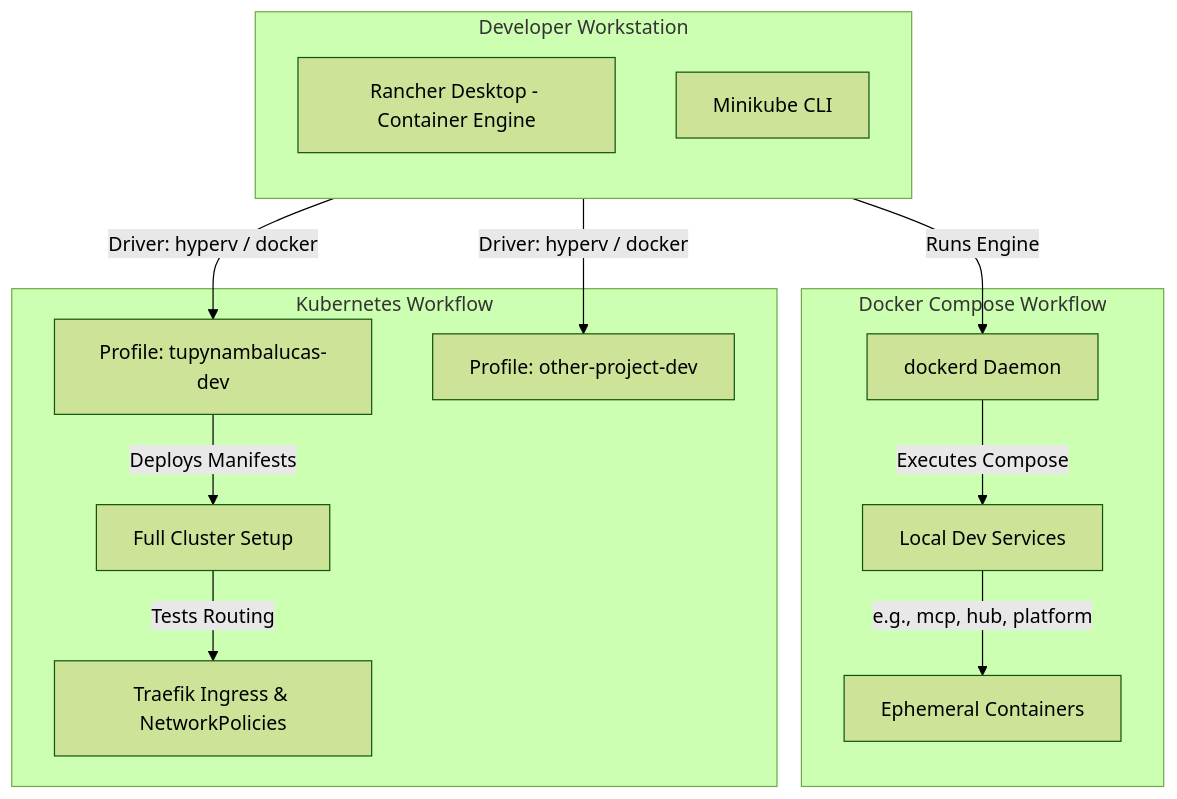
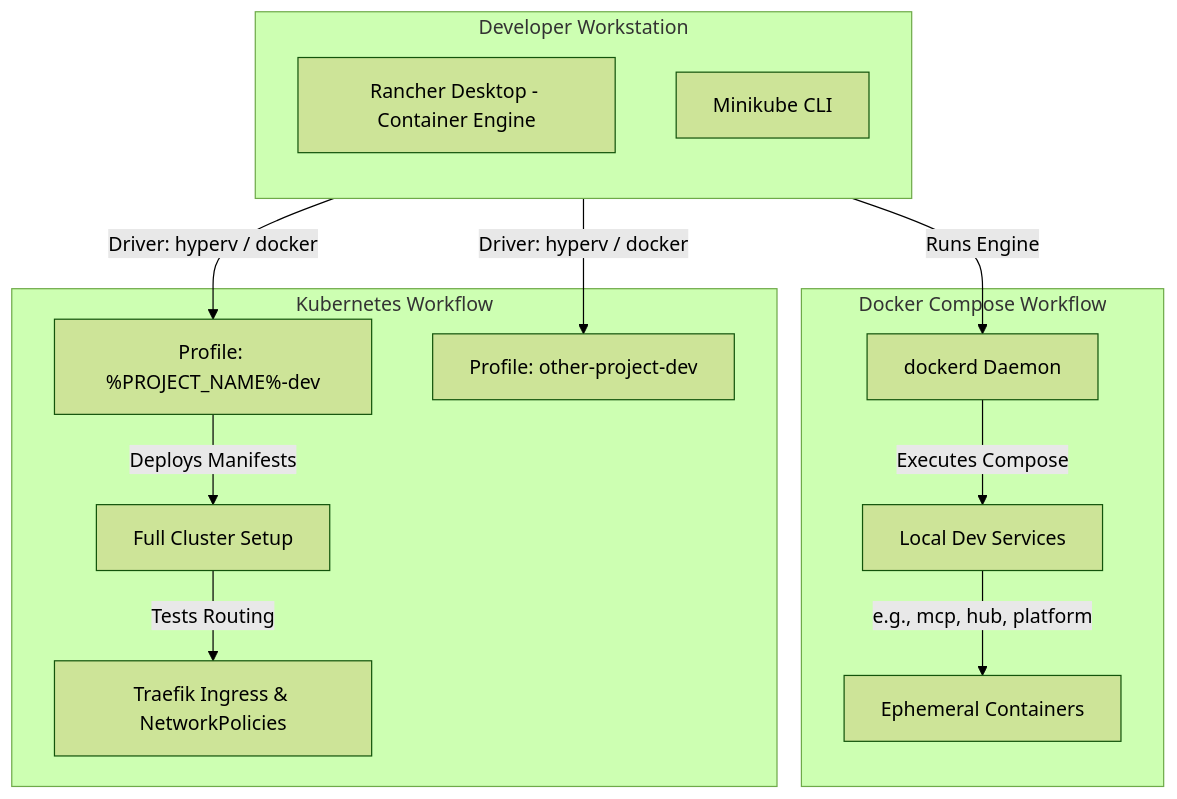
Before and after one commit to tupynambalucas/tupynambalucas: the diagram in .agents/references/kubernetes/README.md, drawn with Mermaid (forest theme). The commit also changed other lines of this file and 318 other files, not shown here.

````diff
--- a/.agents/references/kubernetes/README.md
+++ b/.agents/references/kubernetes/README.md
@@ -14,21 +14,21 @@
 ```mermaid
 graph TD
     subgraph host [Developer Workstation]
         direction TB
         A[Rancher Desktop - Container Engine]
         B[Minikube CLI]
     end
 
     subgraph compose_path [Docker Compose Workflow]
         A -->|Runs Engine| C[dockerd Daemon]
         C -->|Executes Compose| D[Local Dev Services]
         D -->|e.g., mcp, hub, platform| E[Ephemeral Containers]
     end
 
     subgraph k8s_path [Kubernetes Workflow]
-        B -->|Driver: hyperv / docker| F[Profile: tupynambalucas-dev]
+        B -->|Driver: hyperv / docker| F[Profile: %PROJECT_NAME%-dev]
         B -->|Driver: hyperv / docker| G[Profile: other-project-dev]
         F -->|Deploys Manifests| H[Full Cluster Setup]
         H -->|Tests Routing| I[Traefik Ingress & NetworkPolicies]
     end
 ```
````
